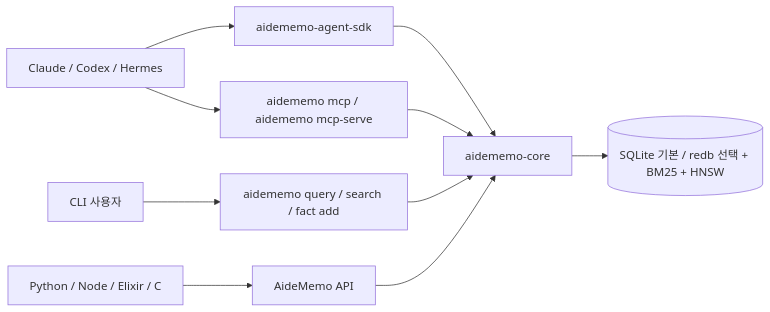
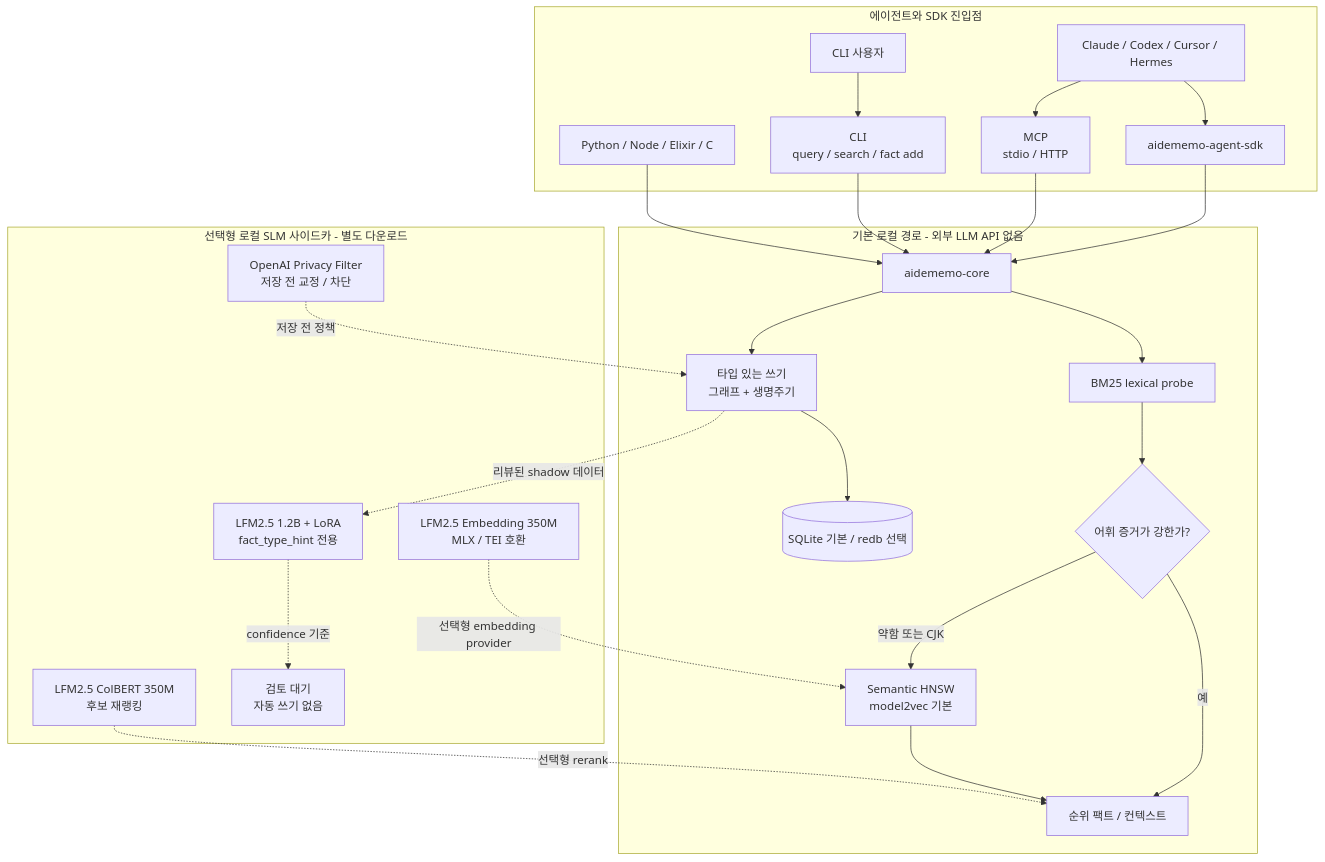
One commit to taeyun16/aidememo changed the diagram in README.ko.md. Above: the diagram before and after it, drawn with Mermaid. The commit also changed other lines of this file and 6 other files, not shown here.

Commit message:
Document opt-in local SLM architecture

````diff
--- a/README.ko.md
+++ b/README.ko.md
@@ -43,12 +43,46 @@
 ```mermaid
-flowchart LR
-    Agent["Claude / Codex / Hermes"] --> SDK["aidememo-agent-sdk"]
-    Agent --> MCP["aidememo mcp / aidememo mcp-serve"]
-    Human["CLI 사용자"] --> CLI["aidememo query / search / fact add"]
-    Plugin["Python / Node / Elixir / C"] --> API["AideMemo API"]
-    SDK --> Core["aidememo-core"]
-    MCP --> Core["aidememo-core"]
-    CLI --> Core
-    API --> Core
-    Core --> Store[("SQLite 기본 / redb 선택 + BM25 + HNSW")]
+flowchart TB
+    subgraph access["에이전트와 SDK 진입점"]
+        agent["Claude / Codex / Cursor / Hermes"]
+        human["CLI 사용자"]
+        sdk["aidememo-agent-sdk"]
+        mcp["MCP<br/>stdio / HTTP"]
+        cli["CLI<br/>query / search / fact add"]
+        bindings["Python / Node / Elixir / C"]
+        agent --> sdk
+        agent --> mcp
+        human --> cli
+    end
+
+    subgraph default_path["기본 로컬 경로 - 외부 LLM API 없음"]
+        core["aidememo-core"]
+        write_path["타입 있는 쓰기<br/>그래프 + 생명주기"]
+        store[("SQLite 기본 / redb 선택")]
+        bm25["BM25 lexical probe"]
+        auto_gate{"어휘 증거가 강한가?"}
+        semantic["Semantic HNSW<br/>model2vec 기본"]
+        ranked["순위 팩트 / 컨텍스트"]
+        core --> write_path --> store
+        core --> bm25 --> auto_gate
+        auto_gate -->|예| ranked
+        auto_gate -->|약함 또는 CJK| semantic --> ranked
+    end
+
+    subgraph optional_models["선택형 로컬 SLM 사이드카 - 별도 다운로드"]
+        lfm_embed["LFM2.5 Embedding 350M<br/>MLX / TEI 호환"]
+        lfm_rerank["LFM2.5 ColBERT 350M<br/>후보 재랭킹"]
+        lfm_type["LFM2.5 1.2B + LoRA<br/>fact_type_hint 전용"]
+        type_review["검토 대기<br/>자동 쓰기 없음"]
+        privacy_model["OpenAI Privacy Filter<br/>저장 전 교정 / 차단"]
+        lfm_type -. "confidence 기준" .-> type_review
+    end
+
+    sdk --> core
+    mcp --> core
+    cli --> core
+    bindings --> core
+    lfm_embed -. "선택형 embedding provider" .-> semantic
+    lfm_rerank -. "선택형 rerank" .-> ranked
+    write_path -. "리뷰된 shadow 데이터" .-> lfm_type
+    privacy_model -. "저장 전 정책" .-> write_path
 ```
````
